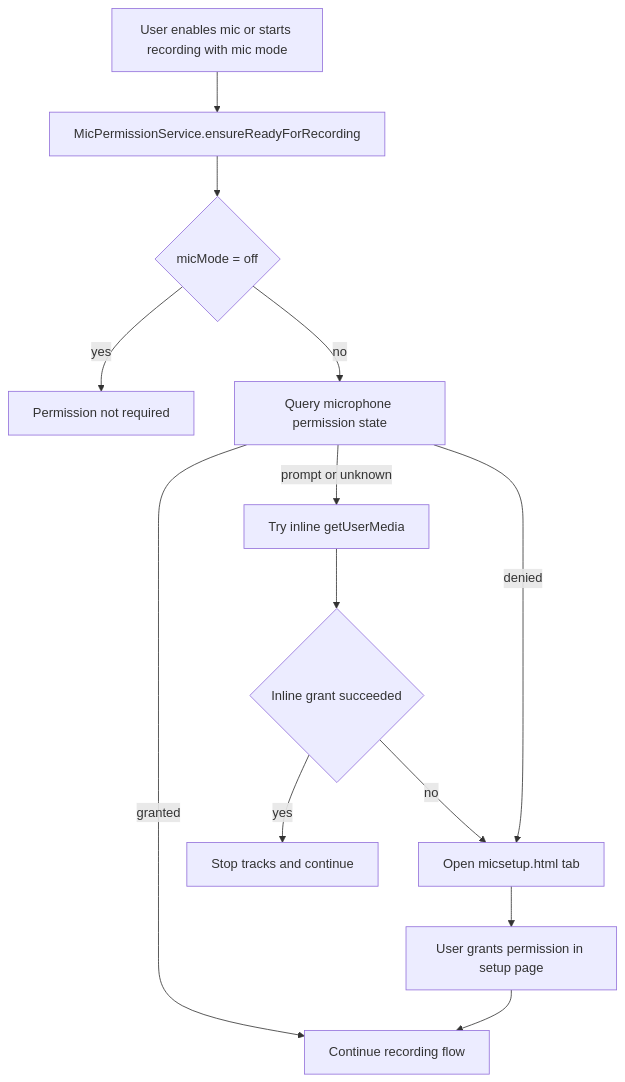
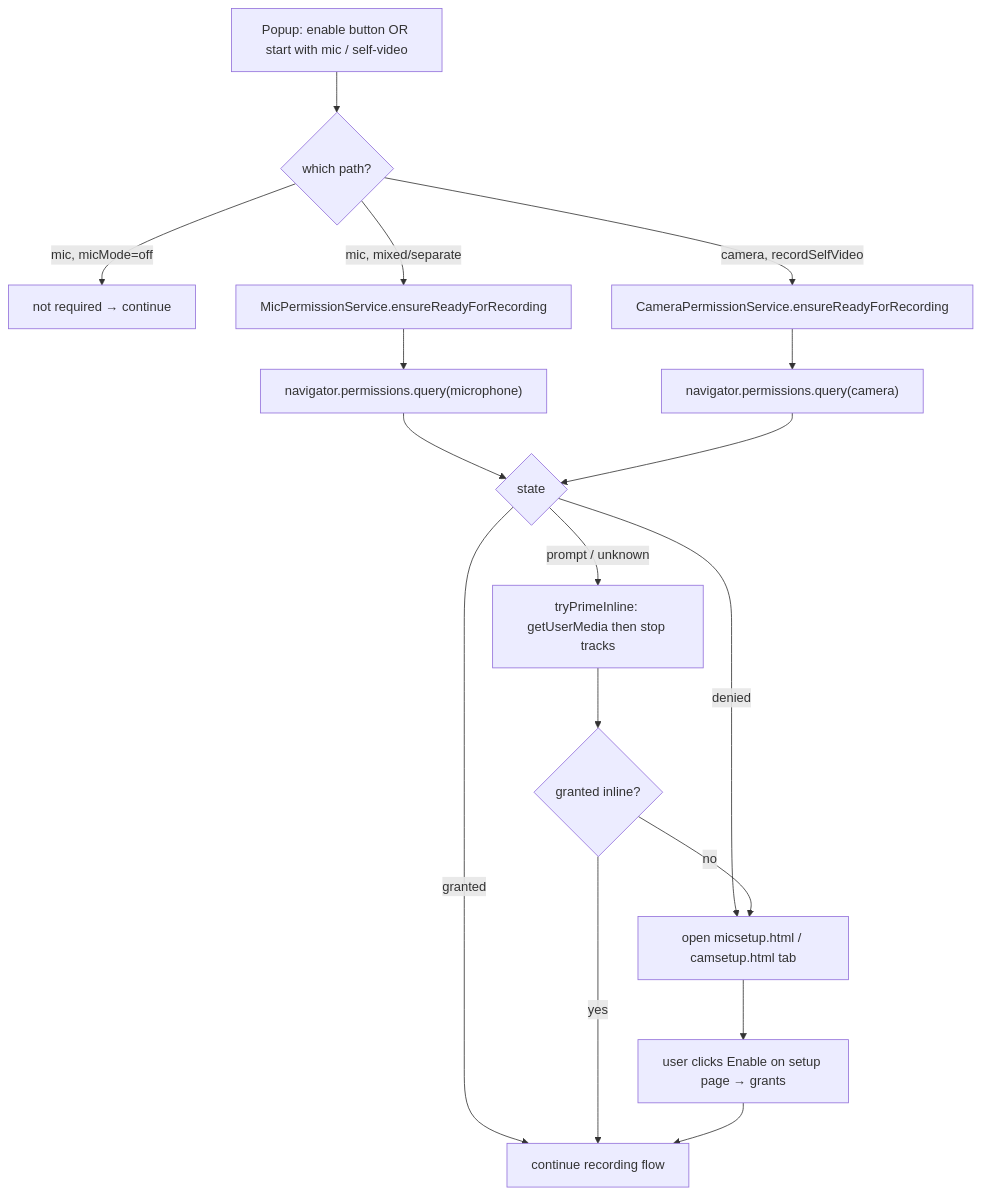
Diagram 16 of 17 in README.md (kstroevsky/chrome-meeting-recording-extension), drawn with Mermaid before and after one commit. The commit also changed other lines of this file, not shown here.

Commit message:
Docs: Update mermaid diagrams

````diff
--- a/README.md
+++ b/README.md
@@ -1178,18 +1619,20 @@
 ```mermaid
 flowchart TD
-    A[User enables mic or starts recording with mic mode] --> B[MicPermissionService.ensureReadyForRecording]
-    B --> C{micMode = off}
-    C -->|yes| D[Permission not required]
-    C -->|no| E[Query microphone permission state]
+    A["Popup: enable button OR start with mic / self-video"] --> B{"which path?"}
+    B -->|"mic, micMode=off"| Z["not required → continue"]
+    B -->|"mic, mixed/separate"| C["MicPermissionService.ensureReadyForRecording"]
+    B -->|"camera, recordSelfVideo"| C2["CameraPermissionService.ensureReadyForRecording"]
 
-    E -->|granted| F[Continue recording flow]
-    E -->|prompt or unknown| G[Try inline getUserMedia]
-    E -->|denied| H[Open micsetup.html tab]
-
-    G --> I{Inline grant succeeded}
-    I -->|yes| J[Stop tracks and continue]
-    I -->|no| H
-
-    H --> K[User grants permission in setup page]
-    K --> F
+    C --> D["navigator.permissions.query(microphone)"]
+    C2 --> D2["navigator.permissions.query(camera)"]
+    D --> E{"state"}
+    D2 --> E
+    E -->|granted| F["continue recording flow"]
+    E -->|denied| G["open micsetup.html / camsetup.html tab"]
+    E -->|prompt / unknown| H["tryPrimeInline: getUserMedia then stop tracks"]
+    H --> I{"granted inline?"}
+    I -->|yes| F
+    I -->|no| G
+    G --> Jp["user clicks Enable on setup page → grants"]
+    Jp --> F
 ```
````
